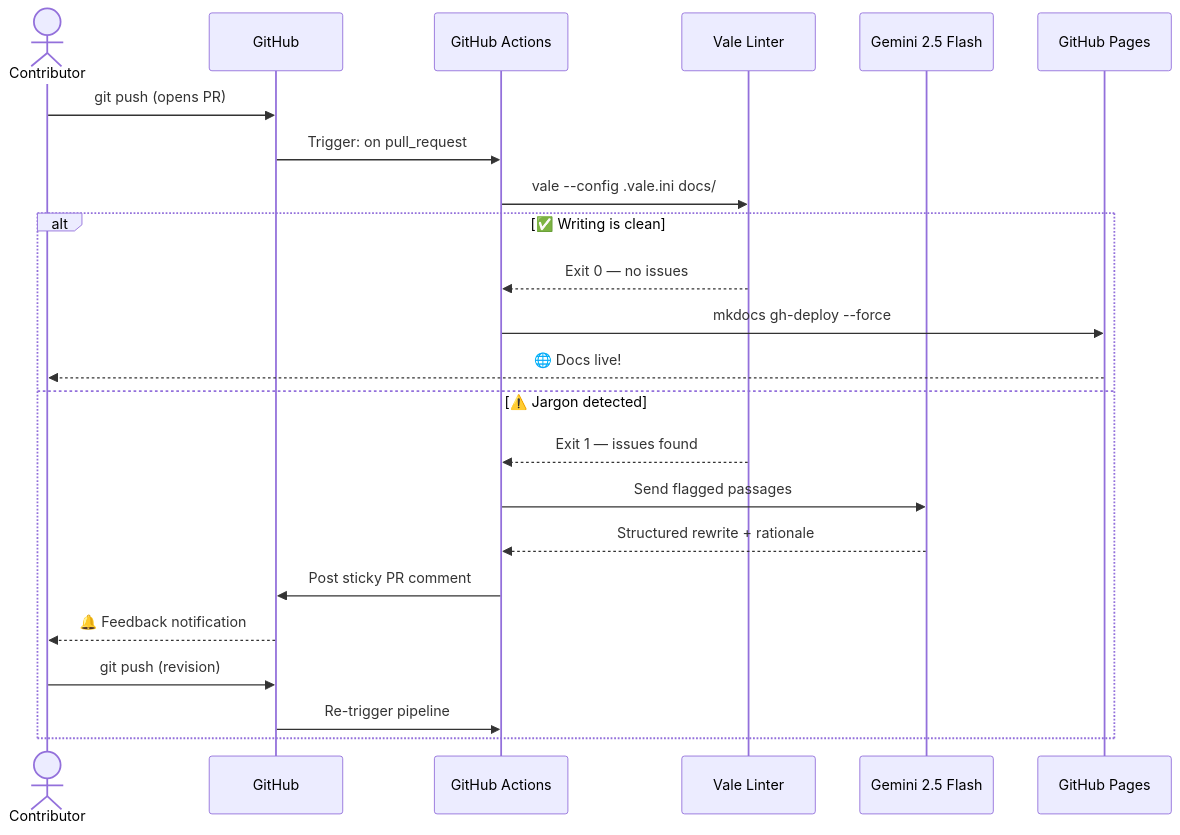
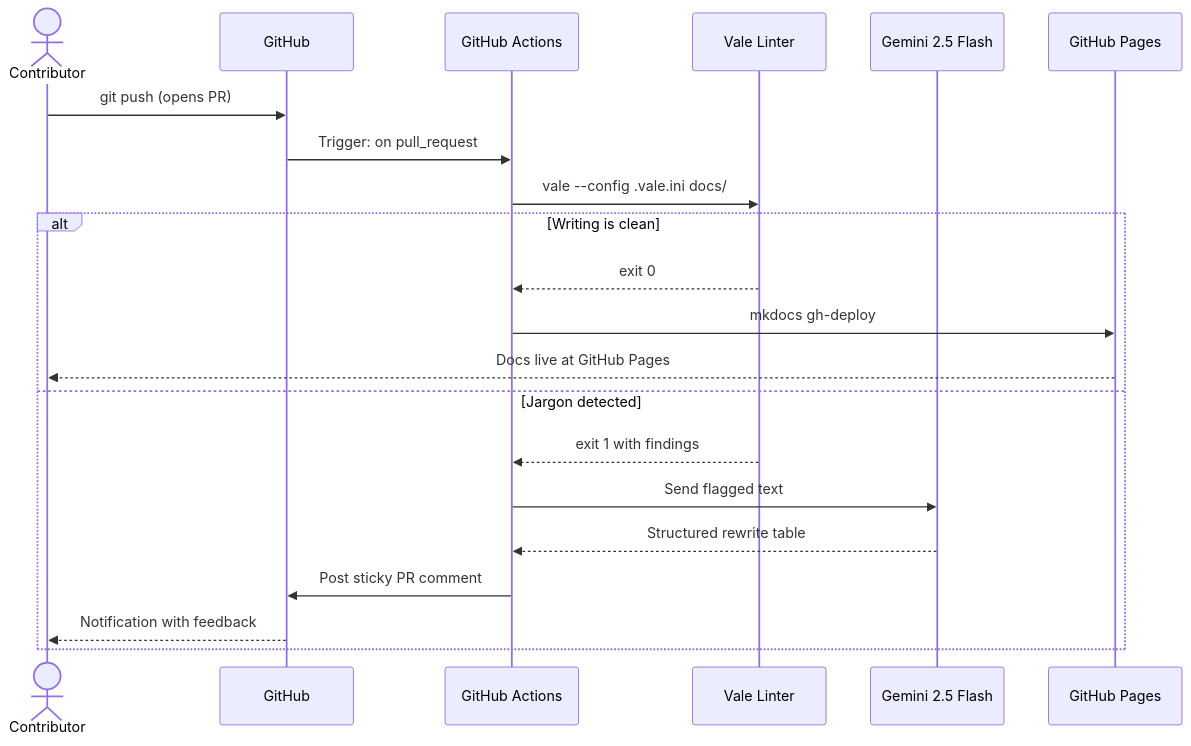
Before and after one commit to saisravan909/invisible-mentors: the second of 2 diagrams in docs/index.md, drawn with Mermaid. The commit also changed other lines of this file, not shown here.

Commit message:
docs: rewrite homepage in plain language, remove em dashes and AI patterns

````diff
--- a/docs/index.md
+++ b/docs/index.md
@@ -112,28 +112,24 @@
 ```mermaid
 sequenceDiagram
     actor C as Contributor
     participant GH as GitHub
     participant GHA as GitHub Actions
     participant Vale as Vale Linter
     participant AI as Gemini 2.5 Flash
     participant Pages as GitHub Pages
 
     C->>GH: git push (opens PR)
     GH->>GHA: Trigger: on pull_request
-
     GHA->>Vale: vale --config .vale.ini docs/
-
-    alt ✅ Writing is clean
-        Vale-->>GHA: Exit 0 — no issues
-        GHA->>Pages: mkdocs gh-deploy --force
-        Pages-->>C: 🌐 Docs live!
-    else ⚠️ Jargon detected
-        Vale-->>GHA: Exit 1 — issues found
-        GHA->>AI: Send flagged passages
-        AI-->>GHA: Structured rewrite + rationale
+    alt Writing is clean
+        Vale-->>GHA: exit 0
+        GHA->>Pages: mkdocs gh-deploy
+        Pages-->>C: Docs live at GitHub Pages
+    else Jargon detected
+        Vale-->>GHA: exit 1 with findings
+        GHA->>AI: Send flagged text
+        AI-->>GHA: Structured rewrite table
         GHA->>GH: Post sticky PR comment
-        GH-->>C: 🔔 Feedback notification
-        C->>GH: git push (revision)
-        GH->>GHA: Re-trigger pipeline
+        GH-->>C: Notification with feedback
     end
 ```
````
